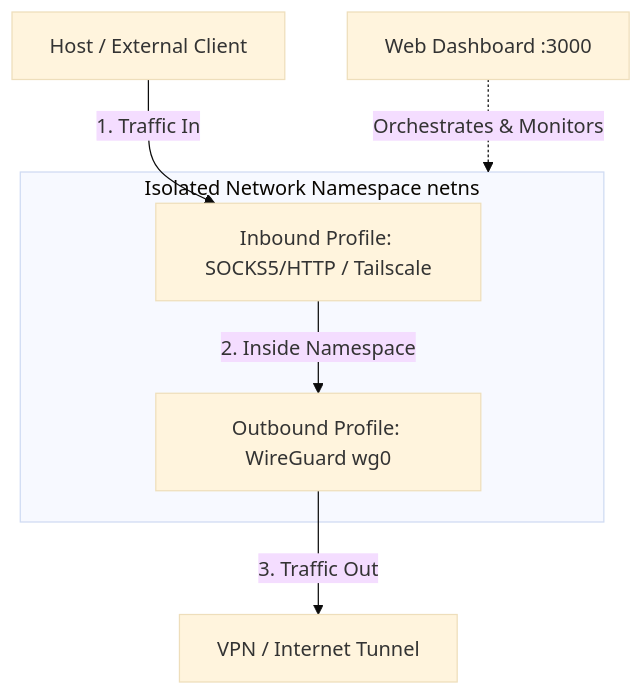
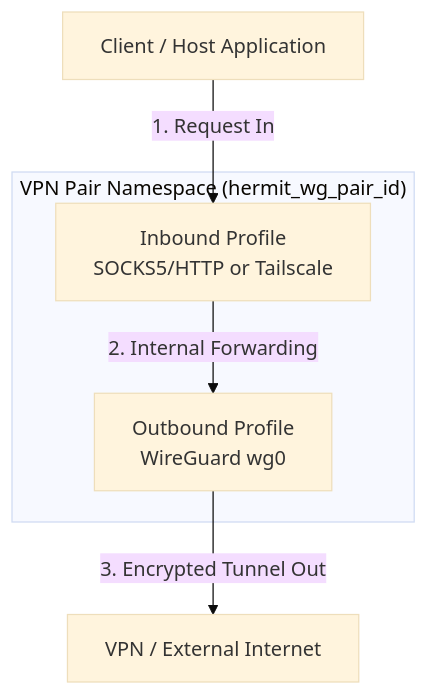
One commit to quaywin/hermit changed the first of 2 diagrams in README.md. Above: the diagram before and after it, drawn with Mermaid (base theme). The commit also changed other lines of this file and 42 other files, not shown here.

````diff
--- a/README.md
+++ b/README.md
@@ -15,10 +18,8 @@
 ```mermaid
-graph TD
-    Host[Host / External Client] -->|1. Traffic In| Inbound[Inbound Profile: SOCKS5/HTTP / Tailscale]
-    subgraph NetNS [Isolated Network Namespace netns]
-        Inbound -->|2. Inside Namespace| Outbound[Outbound Profile: WireGuard wg0]
+flowchart TD
+    Client[Client / Host Application] -->|1. Request In| Inbound[Inbound Profile <br> SOCKS5/HTTP or Tailscale]
+    subgraph NetNS["VPN Pair Namespace (hermit_wg_pair_id)"]
+        Inbound -->|2. Internal Forwarding| Outbound[Outbound Profile <br> WireGuard wg0]
     end
-    Outbound -->|3. Traffic Out| Internet[VPN / Internet Tunnel]
-    
-    Dashboard[Web Dashboard :3000] -.->|Orchestrates & Monitors| NetNS
+    Outbound -->|3. Encrypted Tunnel Out| Internet[VPN / External Internet]
 ```
````
